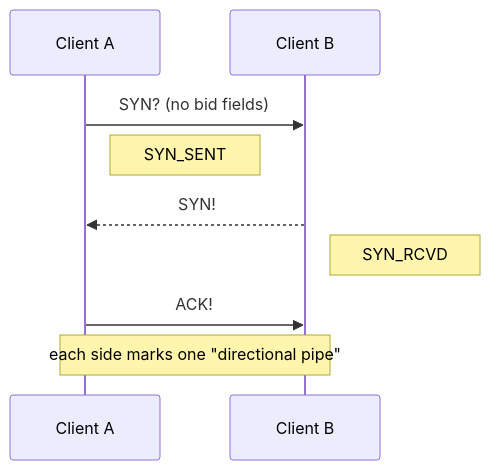
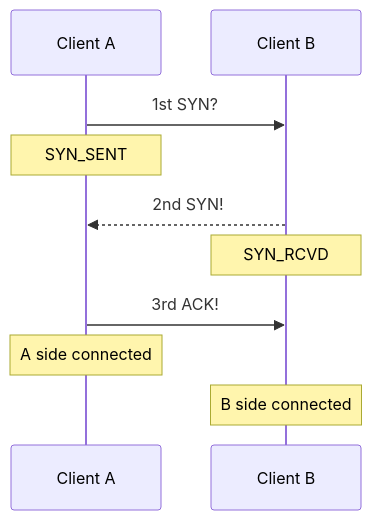
The third of 7 diagrams in docs/design-workflow.md (moky/magpie-bridge), drawn with Mermaid before and after one commit. The commit also changed other lines of this file and 5 other files, not shown here.

Commit message:
docs: regenerate from ai/ tasks with mermaid diagrams

````diff
--- a/docs/design-workflow.md
+++ b/docs/design-workflow.md
@@ -26,11 +55,12 @@
 ```mermaid
 sequenceDiagram
     participant A as Client A
     participant B as Client B
-    A->>B: SYN? (no bid fields)
-    Note right of A: SYN_SENT
-    B-->>A: SYN!
-    Note right of B: SYN_RCVD
-    A->>B: ACK!
-    Note over A,B: each side marks one "directional pipe"
+    A->>B: 1st SYN?
+    Note over A: SYN_SENT
+    B-->>A: 2nd SYN!
+    Note over B: SYN_RCVD
+    A->>B: 3rd ACK!
+    Note over A: A side connected
+    Note over B: B side connected
 ```
````
